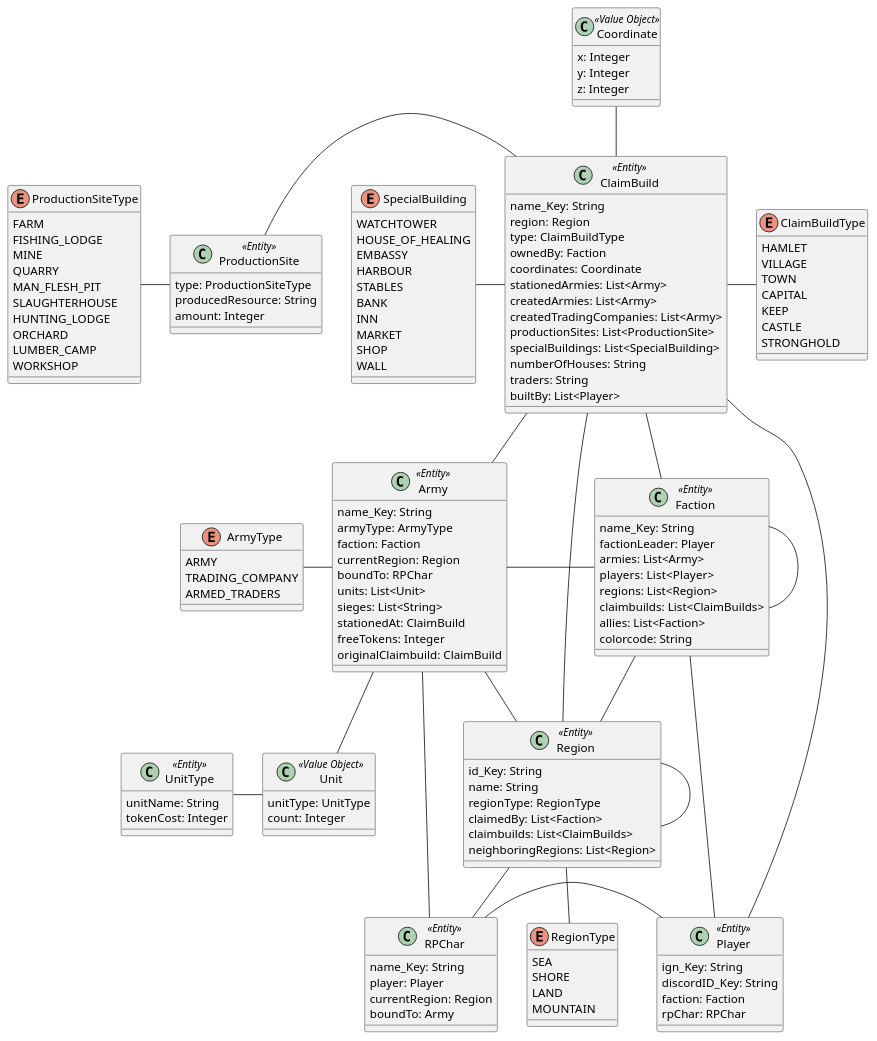
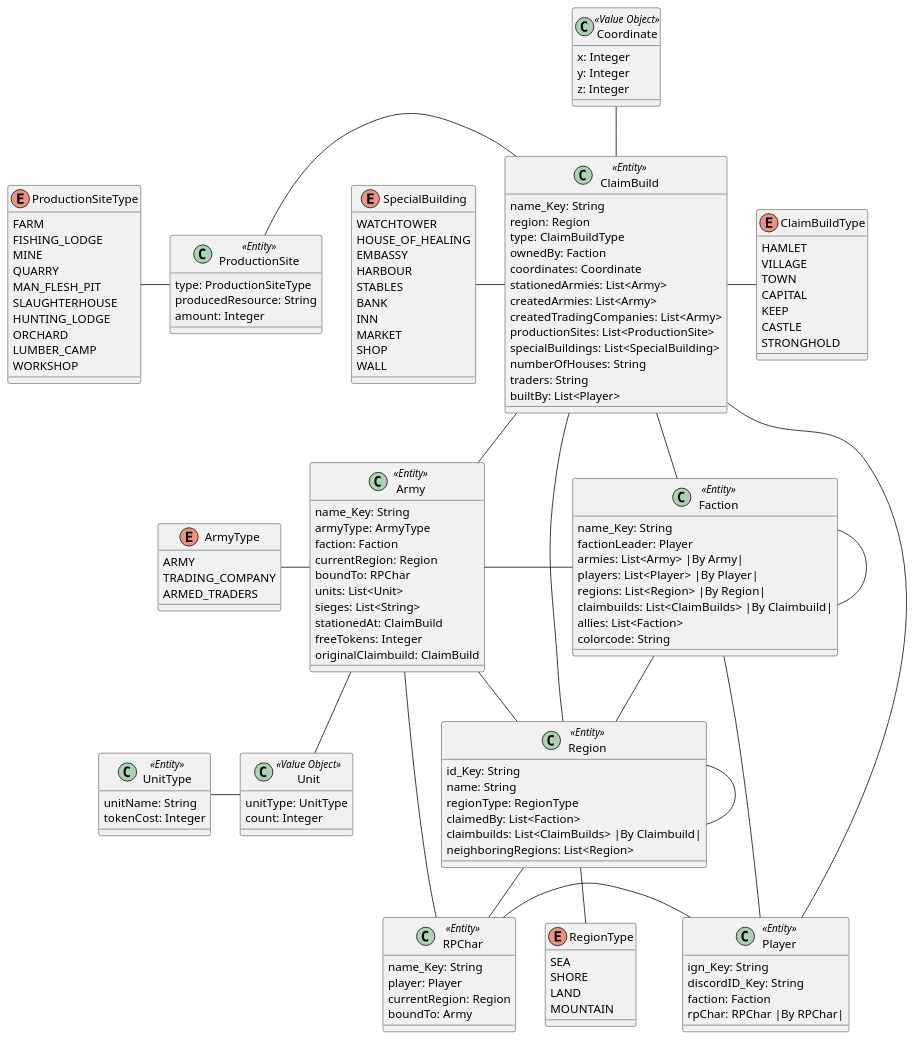
Before and after one commit to Team-KekX/Ardas-Legends-App: the diagram in ALRoleplaySystem/src/main/java/puml/ArdasLegendsDomain.puml, drawn with PlantUML.

Commit message:
Add |By Entity| specifications in PUML
	modified:   src/main/java/puml/ArdasLegendsDomain.puml

```diff
--- a/ALRoleplaySystem/src/main/java/puml/ArdasLegendsDomain.puml
+++ b/ALRoleplaySystem/src/main/java/puml/ArdasLegendsDomain.puml
@@ -1,168 +1,168 @@
 @startuml
 class Region <<Entity>> {
     id_Key: String
     name: String
     regionType: RegionType
     claimedBy: List<Faction>
-    claimbuilds: List<ClaimBuilds>
+    claimbuilds: List<ClaimBuilds> |By Claimbuild|
     neighboringRegions: List<Region>
 }
 
 enum RegionType {
     SEA
     SHORE
     LAND
     MOUNTAIN
 }
 
 class ClaimBuild <<Entity>> {
     name_Key: String
     region: Region
     type: ClaimBuildType
     ownedBy: Faction
     coordinates: Coordinate
     stationedArmies: List<Army>
     createdArmies: List<Army>
     createdTradingCompanies: List<Army>
     productionSites: List<ProductionSite>
     specialBuildings: List<SpecialBuilding>
     numberOfHouses: String
     traders: String
     builtBy: List<Player>
 }
 
 enum ClaimBuildType {
     HAMLET
     VILLAGE
     TOWN
     CAPITAL
     KEEP
     CASTLE
     STRONGHOLD
 }
 
 class Faction <<Entity>> {
     name_Key: String
     factionLeader: Player
-    armies: List<Army>
-    players:  List<Player>
-    regions: List<Region>
-    claimbuilds: List<ClaimBuilds>
+    armies: List<Army> |By Army|
+    players:  List<Player> |By Player|
+    regions: List<Region> |By Region|
+    claimbuilds: List<ClaimBuilds> |By Claimbuild|
     allies: List<Faction>
     colorcode: String
 }
 
 class Player <<Entity>> {
     ign_Key: String
     discordID_Key: String
     faction: Faction
-    rpChar: RPChar
+    rpChar: RPChar |By RPChar|
 }
 
 class RPChar <<Entity>> {
     name_Key: String
     player: Player
     currentRegion: Region
     boundTo: Army
 }
 
 class Coordinate <<Value Object>> {
     x: Integer
     y: Integer
     z: Integer
 }
 
 class ProductionSite <<Entity>> {
     type: ProductionSiteType
     producedResource: String
     amount: Integer
 }
 
 enum ProductionSiteType {
     FARM
     FISHING_LODGE
     MINE
     QUARRY
     MAN_FLESH_PIT
     SLAUGHTERHOUSE
     HUNTING_LODGE
     ORCHARD
     LUMBER_CAMP
     WORKSHOP
 }
 
 enum SpecialBuilding {
     WATCHTOWER
     HOUSE_OF_HEALING
     EMBASSY
     HARBOUR
     STABLES
     BANK
     INN
     MARKET
     SHOP
     WALL
 }
 
 class Army <<Entity>> {
     name_Key: String
     armyType: ArmyType
     faction: Faction
     currentRegion: Region
     boundTo: RPChar
     units: List<Unit>
     sieges: List<String>
     stationedAt: ClaimBuild
     freeTokens: Integer
     originalClaimbuild: ClaimBuild
 }
 
 enum ArmyType {
     ARMY
     TRADING_COMPANY
     ARMED_TRADERS
 }
 
 class Unit <<Value Object>> {
     unitType: UnitType
     count: Integer
 }
 
 class UnitType <<Entity>> {
     unitName: String
     tokenCost: Integer
 }
 
 Region -  ClaimBuild
 Region - Region
 Region -down- RPChar
 RegionType -up- Region
 
 Faction -down- Region
 Faction -right Player
 Faction -left Army
 Faction -up- ClaimBuild
 Faction - Faction
 
 ClaimBuild - Player
 ClaimBuild -right- ClaimBuildType
 ClaimBuild -up- Coordinate
 ClaimBuild - Army
 
 ProductionSite - ClaimBuild
 SpecialBuilding - ClaimBuild
 
 ProductionSite -left- ProductionSiteType
 
 
 RPChar - Player
 
 Army -down- Unit
 Army - Region
 Army - RPChar
 
 ArmyType - Army
 
 UnitType - Unit
 
 @enduml
```
